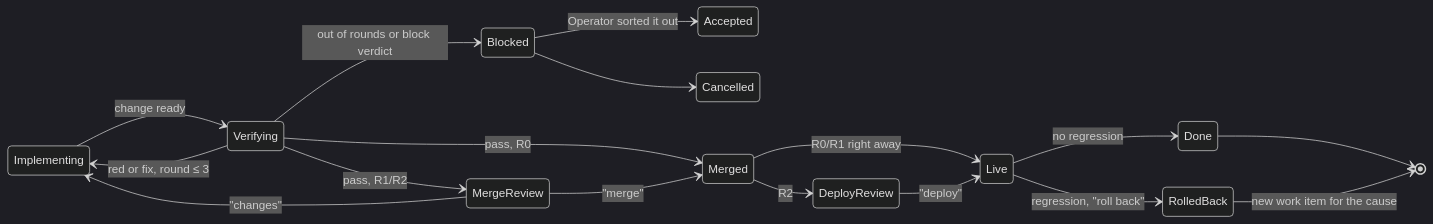
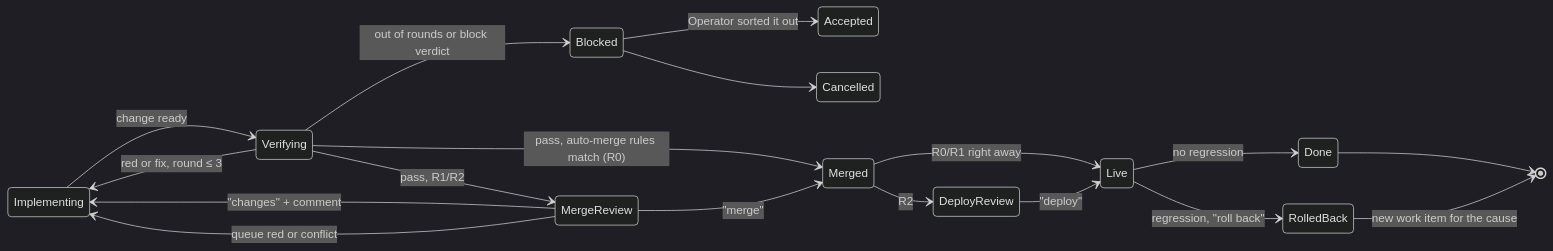
The second of 2 diagrams in deck/slides.md (redikultsev/agentic-sdlc-atlas), drawn with Mermaid (dark theme) before and after one commit. The commit also changed other lines of this file and 12 other files, not shown here.

Commit message:
model: Merge = auto-merge rules check (R0 by facts, kill switch), Operator gate with scope first, merge queue on latest main (decisions 24, 25)

````diff
--- a/deck/slides.md
+++ b/deck/slides.md
@@ -298,20 +299,21 @@
 ```mermaid {scale: 0.42}
 stateDiagram-v2
   direction LR
   Implementing --> Verifying: change ready
   Verifying --> Implementing: red or fix, round ≤ 3
   Verifying --> Blocked: out of rounds or block verdict
-  Verifying --> Merged: pass, R0
+  Verifying --> Merged: pass, auto-merge rules match (R0)
   Verifying --> MergeReview: pass, R1/R2
-  MergeReview --> Implementing: "changes"
+  MergeReview --> Implementing: "changes" + comment
   MergeReview --> Merged: "merge"
+  MergeReview --> Implementing: queue red or conflict
   Merged --> Live: R0/R1 right away
   Merged --> DeployReview: R2
   DeployReview --> Live: "deploy"
   Live --> Done: no regression
   Live --> RolledBack: regression, "roll back"
   Blocked --> Accepted: Operator sorted it out
   Blocked --> Cancelled
   Done --> [*]
   RolledBack --> [*]: new work item for the cause
 ```
````
